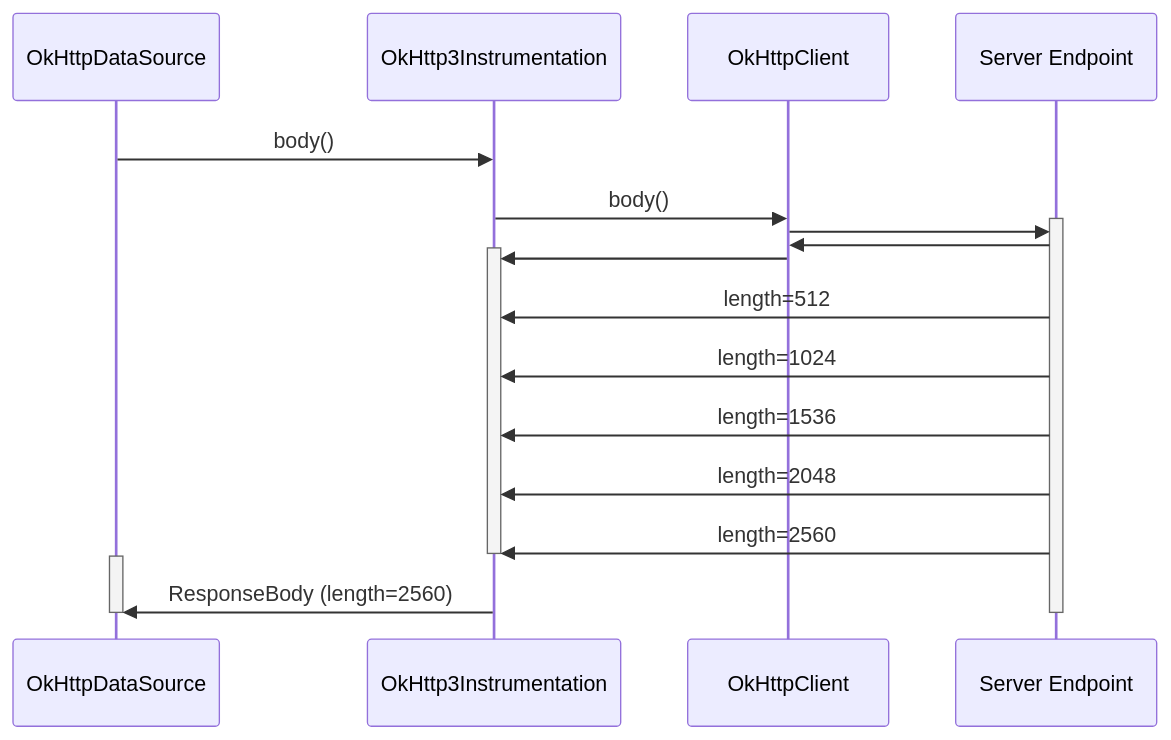
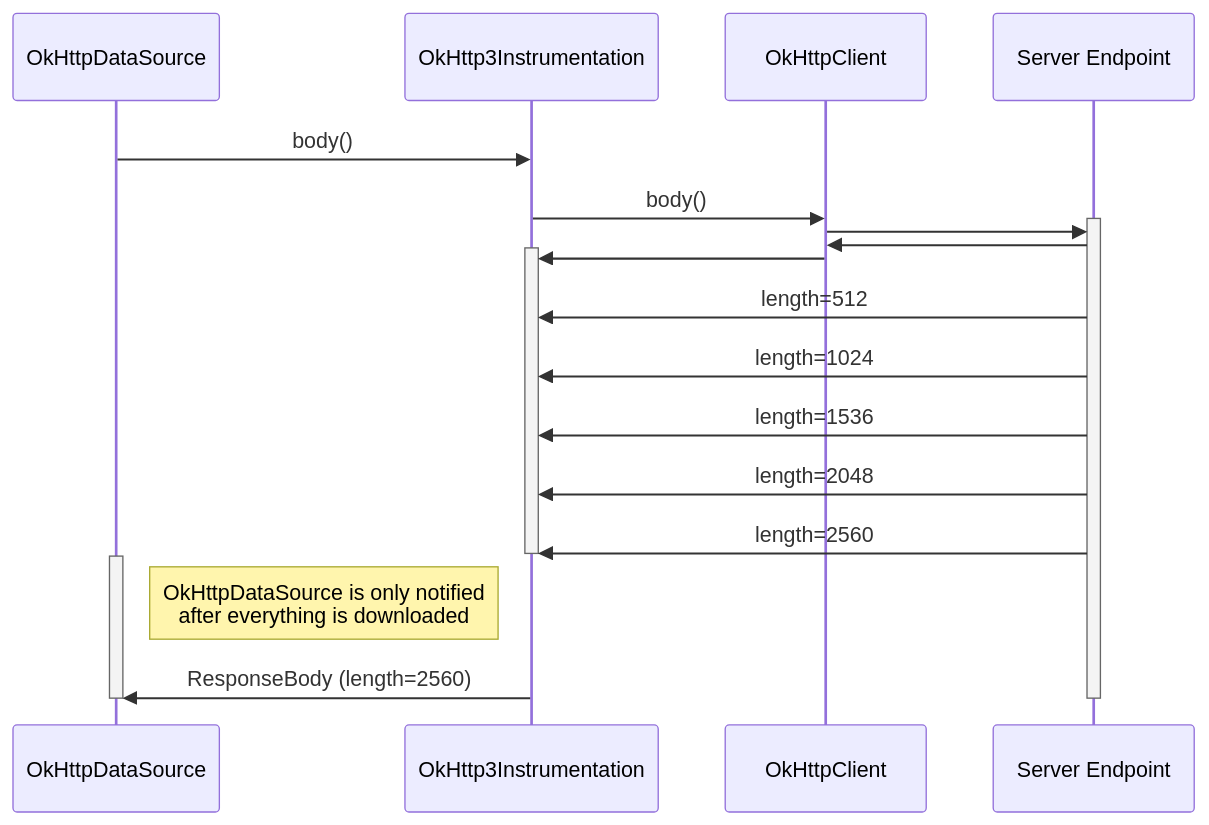
Before and after one commit to BedrockStreaming/tech.bedrockstreaming.com: the fourth of 4 diagrams in _posts/2022-04-29-android-apktool-decompiling.md, drawn with Mermaid. The commit also changed other lines of this file, not shown here.

Commit message:
Add notes

```diff
--- a/_posts/2022-04-29-android-apktool-decompiling.md
+++ b/_posts/2022-04-29-android-apktool-decompiling.md
@@ -452,25 +453,26 @@
 <div class="mermaid">
 sequenceDiagram
     participant exo as OkHttpDataSource
     participant nr as OkHttp3Instrumentation
     participant okhttp as OkHttpClient
     participant server as Server Endpoint
 
     exo->>nr: body()
     nr->>okhttp: body()
     activate server
     okhttp->>server: 
     server->>okhttp: 
     activate nr
     okhttp->>nr: 
     server->>nr: length=512
     server->>nr: length=1024
     server->>nr: length=1536
     server->>nr: length=2048
     server->>nr: length=2560
     deactivate nr
     activate exo
+    note right of exo: OkHttpDataSource is only notified <br> after everything is downloaded
     nr->>exo: ResponseBody (length=2560)
     deactivate server
     deactivate exo
 </div>
```
